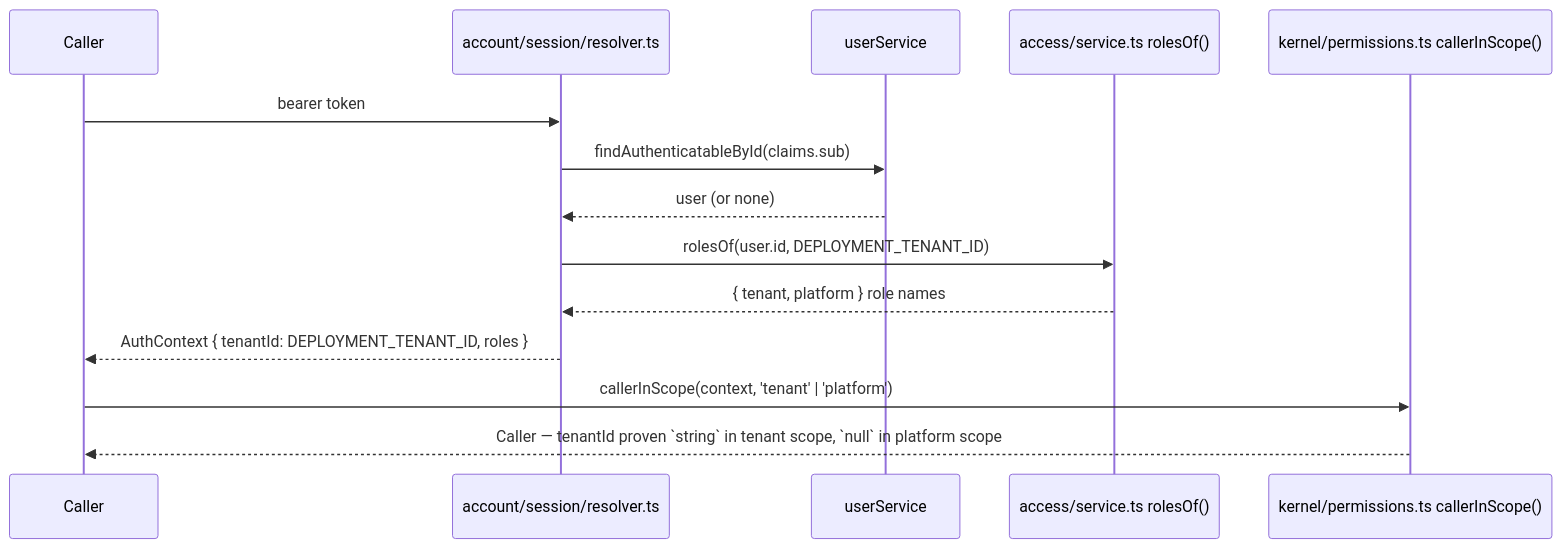
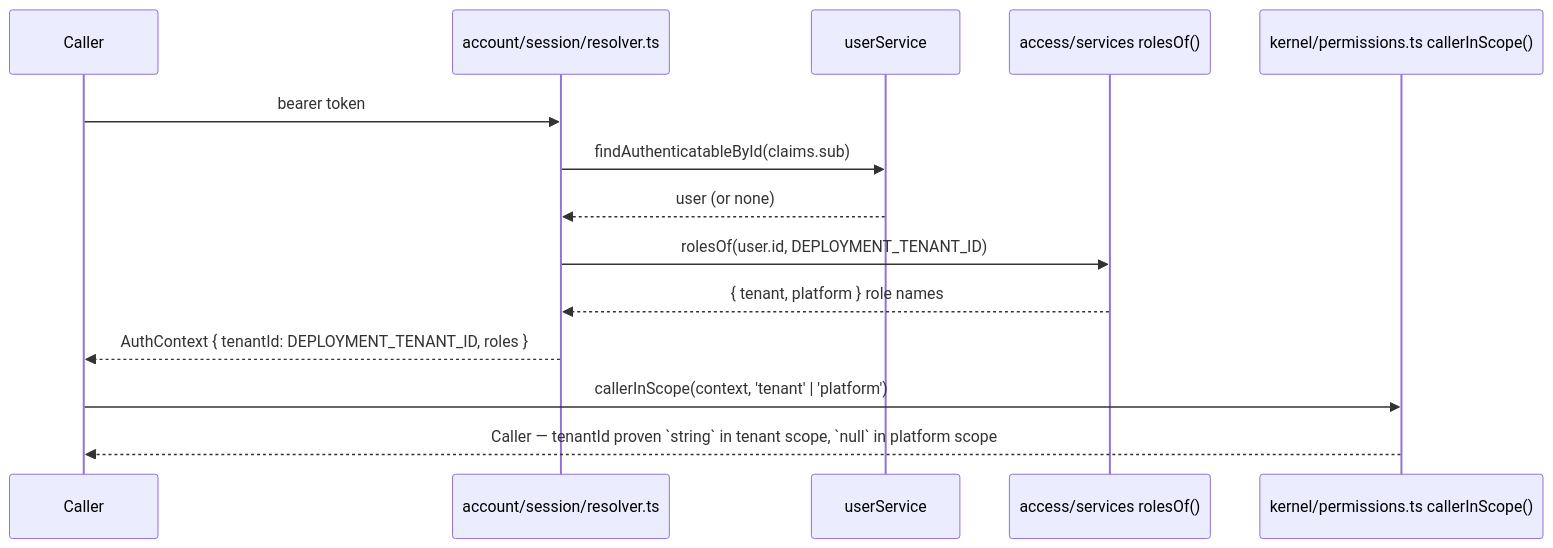
One commit to Guebbit/boilerplate-node-backend changed the third of 3 diagrams in docs/theory/tenancy.md. Above: the diagram before and after it, drawn with Mermaid. The commit also changed 44 other files, not shown here.

````diff
--- a/docs/theory/tenancy.md
+++ b/docs/theory/tenancy.md
@@ -112,17 +112,17 @@
 ```mermaid
 sequenceDiagram
     participant C as Caller
     participant R as account/session/resolver.ts
     participant U as userService
-    participant S as access/service.ts rolesOf()
+    participant S as access/services rolesOf()
     participant P as kernel/permissions.ts callerInScope()
 
     C->>R: bearer token
     R->>U: findAuthenticatableById(claims.sub)
     U-->>R: user (or none)
     R->>S: rolesOf(user.id, DEPLOYMENT_TENANT_ID)
     S-->>R: { tenant, platform } role names
     R-->>C: AuthContext { tenantId: DEPLOYMENT_TENANT_ID, roles }
     C->>P: callerInScope(context, 'tenant' | 'platform')
     P-->>C: Caller — tenantId proven `string` in tenant scope, `null` in platform scope
 ```
````
